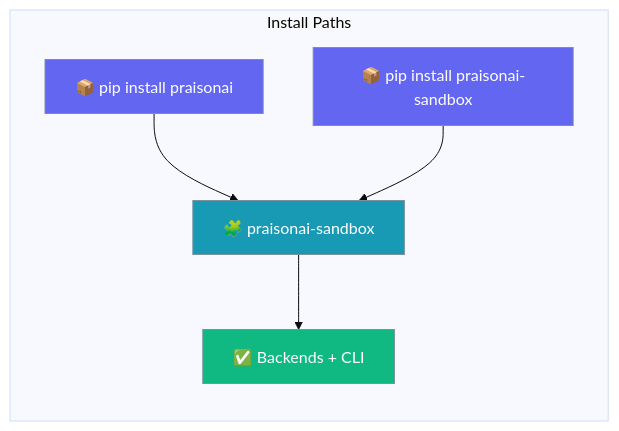
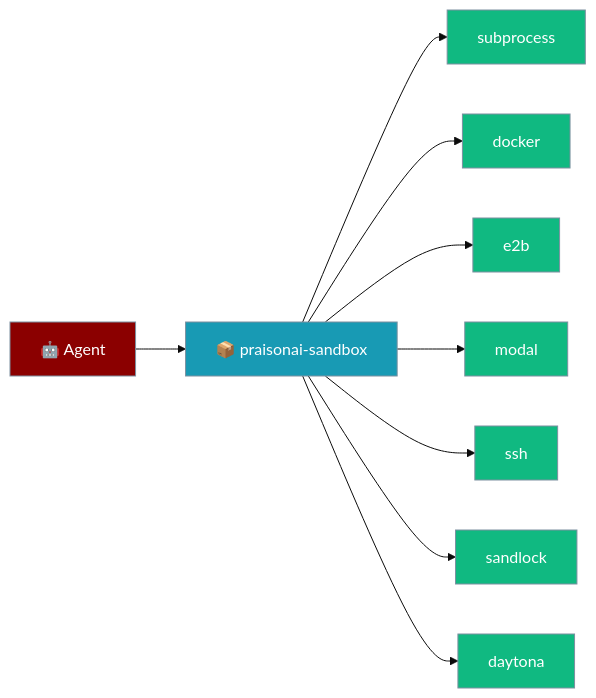
The diagram in docs/features/praisonai-sandbox-package.mdx (MervinPraison/PraisonAIDocs), drawn with Mermaid (base theme) before and after one commit. The commit also changed other lines of this file and 15 other files, not shown here.

````diff
--- a/docs/features/praisonai-sandbox-package.mdx
+++ b/docs/features/praisonai-sandbox-package.mdx
@@ -21,16 +23,19 @@
 ```mermaid
 graph LR
-    subgraph "Install Paths"
-        A[📦 pip install praisonai] --> C[🧩 praisonai-sandbox]
-        B[📦 pip install praisonai-sandbox] --> C
-        C --> D[✅ Backends + CLI]
-    end
+    A[🤖 Agent] --> P[📦 praisonai-sandbox]
+    P --> S1[subprocess]
+    P --> S2[docker]
+    P --> S3[e2b]
+    P --> S4[modal]
+    P --> S5[ssh]
+    P --> S6[sandlock]
+    P --> S7[daytona]
 
-    classDef install fill:#6366F1,stroke:#7C90A0,color:#fff
+    classDef agent fill:#8B0000,stroke:#7C90A0,color:#fff
     classDef pkg fill:#189AB4,stroke:#7C90A0,color:#fff
-    classDef out fill:#10B981,stroke:#7C90A0,color:#fff
+    classDef backend fill:#10B981,stroke:#7C90A0,color:#fff
 
-    class A,B install
-    class C pkg
-    class D out
+    class A agent
+    class P pkg
+    class S1,S2,S3,S4,S5,S6,S7 backend
 ```
````
